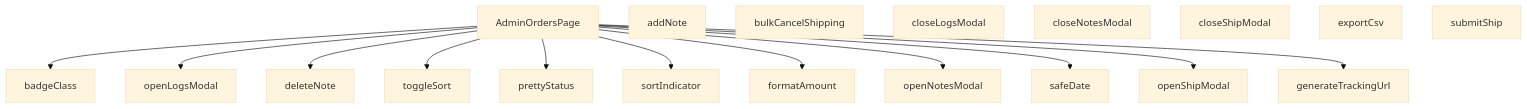
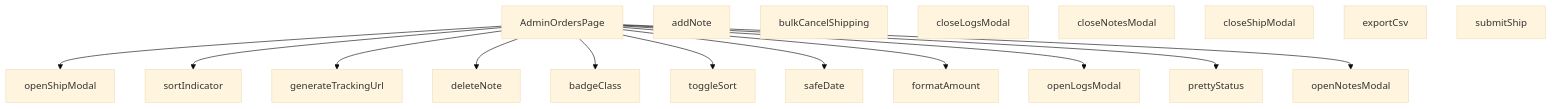
The diagram in src/views/admin/AdminOrdersPage.md (peckop/venthub-hvac-esite), drawn with Mermaid (base theme) before and after one commit. The commit also changed other lines of this file and 87 other files, not shown here.

````diff
--- a/src/views/admin/AdminOrdersPage.md
+++ b/src/views/admin/AdminOrdersPage.md
@@ -430,33 +614,33 @@
 ```mermaid
 graph TD
     AdminOrdersPage_tsx__AdminOrdersPage["AdminOrdersPage"]
     AdminOrdersPage_tsx__addNote["addNote"]
     AdminOrdersPage_tsx__badgeClass["badgeClass"]
     AdminOrdersPage_tsx__bulkCancelShipping["bulkCancelShipping"]
     AdminOrdersPage_tsx__closeLogsModal["closeLogsModal"]
     AdminOrdersPage_tsx__closeNotesModal["closeNotesModal"]
     AdminOrdersPage_tsx__closeShipModal["closeShipModal"]
     AdminOrdersPage_tsx__deleteNote["deleteNote"]
     AdminOrdersPage_tsx__exportCsv["exportCsv"]
     AdminOrdersPage_tsx__formatAmount["formatAmount"]
     AdminOrdersPage_tsx__generateTrackingUrl["generateTrackingUrl"]
     AdminOrdersPage_tsx__openLogsModal["openLogsModal"]
     AdminOrdersPage_tsx__openNotesModal["openNotesModal"]
     AdminOrdersPage_tsx__openShipModal["openShipModal"]
     AdminOrdersPage_tsx__prettyStatus["prettyStatus"]
     AdminOrdersPage_tsx__safeDate["safeDate"]
     AdminOrdersPage_tsx__sortIndicator["sortIndicator"]
     AdminOrdersPage_tsx__submitShip["submitShip"]
     AdminOrdersPage_tsx__toggleSort["toggleSort"]
+    AdminOrdersPage_tsx__AdminOrdersPage --> AdminOrdersPage_tsx__openShipModal
+    AdminOrdersPage_tsx__AdminOrdersPage --> AdminOrdersPage_tsx__sortIndicator
+    AdminOrdersPage_tsx__AdminOrdersPage --> AdminOrdersPage_tsx__generateTrackingUrl
+    AdminOrdersPage_tsx__AdminOrdersPage --> AdminOrdersPage_tsx__deleteNote
     AdminOrdersPage_tsx__AdminOrdersPage --> AdminOrdersPage_tsx__badgeClass
+    AdminOrdersPage_tsx__AdminOrdersPage --> AdminOrdersPage_tsx__toggleSort
+    AdminOrdersPage_tsx__AdminOrdersPage --> AdminOrdersPage_tsx__safeDate
+    AdminOrdersPage_tsx__AdminOrdersPage --> AdminOrdersPage_tsx__formatAmount
     AdminOrdersPage_tsx__AdminOrdersPage --> AdminOrdersPage_tsx__openLogsModal
-    AdminOrdersPage_tsx__AdminOrdersPage --> AdminOrdersPage_tsx__deleteNote
-    AdminOrdersPage_tsx__AdminOrdersPage --> AdminOrdersPage_tsx__toggleSort
     AdminOrdersPage_tsx__AdminOrdersPage --> AdminOrdersPage_tsx__prettyStatus
-    AdminOrdersPage_tsx__AdminOrdersPage --> AdminOrdersPage_tsx__sortIndicator
-    AdminOrdersPage_tsx__AdminOrdersPage --> AdminOrdersPage_tsx__formatAmount
     AdminOrdersPage_tsx__AdminOrdersPage --> AdminOrdersPage_tsx__openNotesModal
-    AdminOrdersPage_tsx__AdminOrdersPage --> AdminOrdersPage_tsx__safeDate
-    AdminOrdersPage_tsx__AdminOrdersPage --> AdminOrdersPage_tsx__openShipModal
-    AdminOrdersPage_tsx__AdminOrdersPage --> AdminOrdersPage_tsx__generateTrackingUrl
 ```
````
